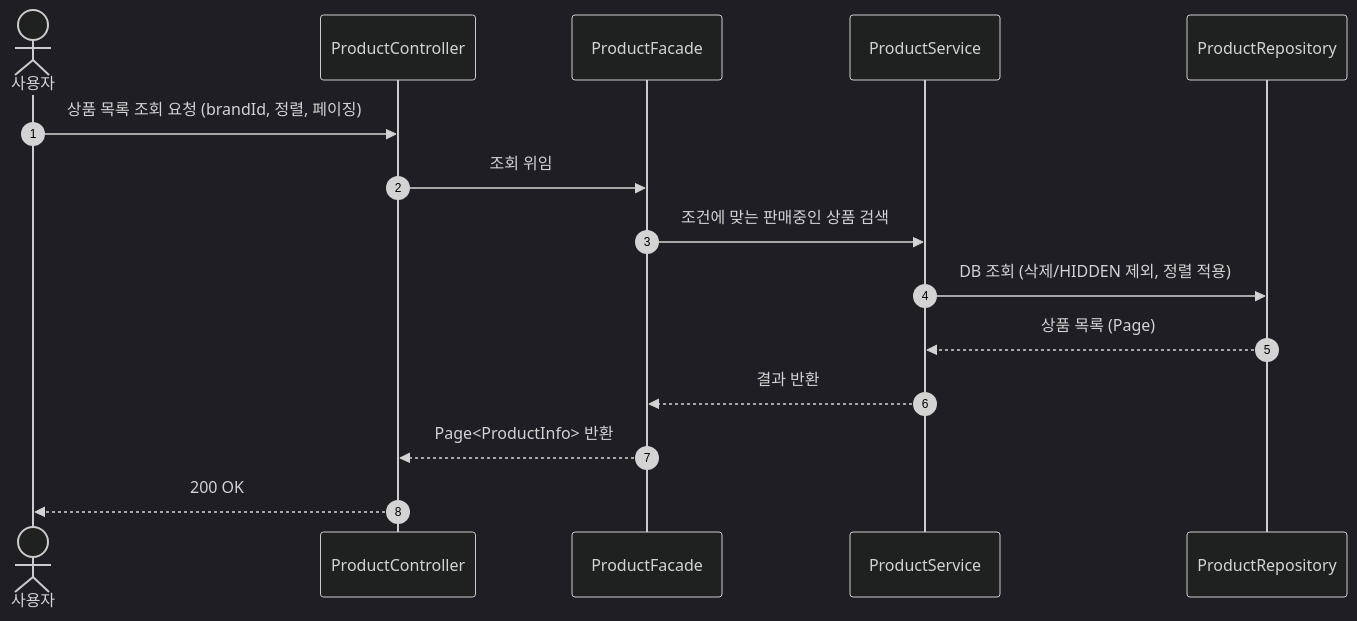
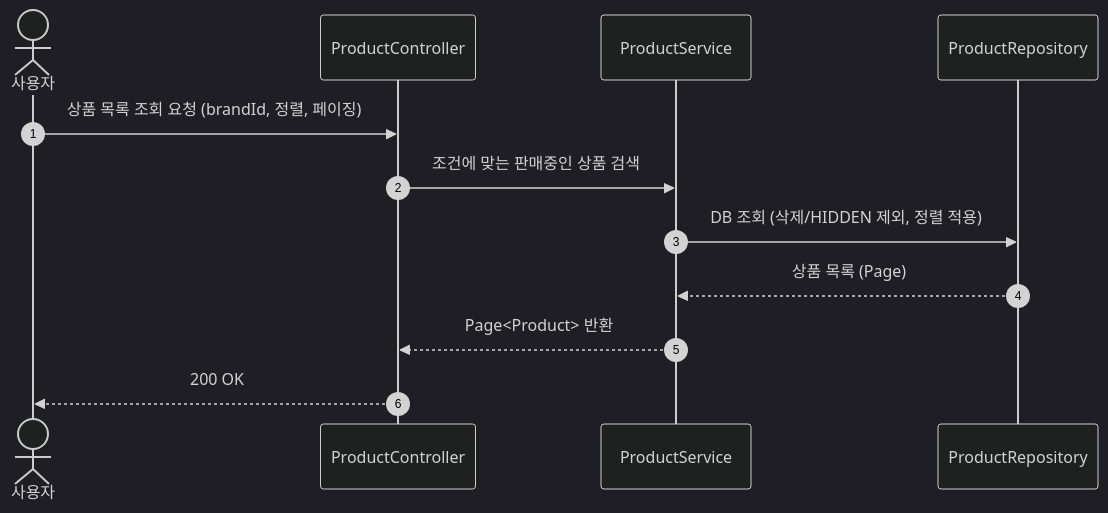
One commit to Loopers-dev-lab/loop-pack-be-l2-vol3-kotlin changed the second of 21 diagrams in docs/design-v2/02-sequence-diagrams-v2.md. Above: the diagram before and after it, drawn with Mermaid (dark theme). The commit also changed other lines of this file and 6 other files, not shown here.

First line of the commit message:
docs: v2 설계 문서 2차 리뷰 반영 — 6건 이슈 해소, 플로우차트·마인드맵 추가

````diff
--- a/docs/design-v2/02-sequence-diagrams-v2.md
+++ b/docs/design-v2/02-sequence-diagrams-v2.md
@@ -51,17 +48,14 @@
 ```mermaid
 sequenceDiagram
     autonumber
     actor User as 사용자
     participant C as ProductController
-    participant F as ProductFacade
     participant S as ProductService
     participant R as ProductRepository
     User ->> C: 상품 목록 조회 요청 (brandId, 정렬, 페이징)
-    C ->> F: 조회 위임
-    F ->> S: 조건에 맞는 판매중인 상품 검색
+    C ->> S: 조건에 맞는 판매중인 상품 검색
     S ->> R: DB 조회 (삭제/HIDDEN 제외, 정렬 적용)
     R -->> S: 상품 목록 (Page)
-    S -->> F: 결과 반환
-    F -->> C: Page<ProductInfo> 반환
+    S -->> C: Page<Product> 반환
     C -->> User: 200 OK
 ```
````
